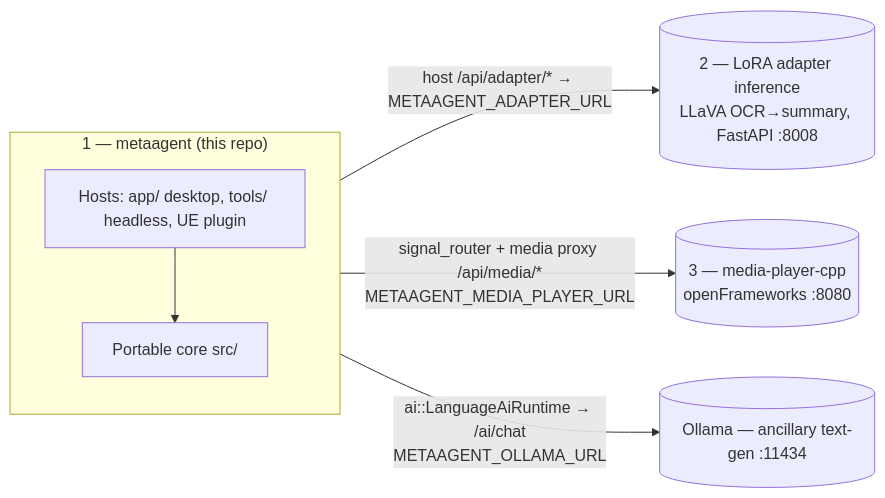
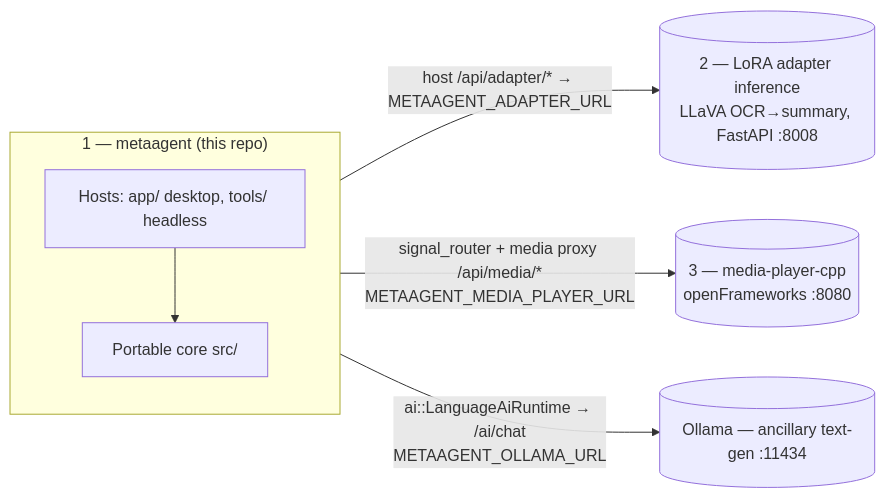
One commit to vecnode/droidcli changed the first of 3 diagrams in ARCHITECTURE.md. Above: the diagram before and after it, drawn with Mermaid. The commit also changed other lines of this file and 85 other files, not shown here.

````diff
--- a/ARCHITECTURE.md
+++ b/ARCHITECTURE.md
@@ -13,15 +18,15 @@
 ```mermaid
 flowchart LR
     subgraph MA["1 — metaagent (this repo)"]
         CORE[Portable core src/]
-        HOSTS[Hosts: app/ desktop, tools/ headless, UE plugin]
+        HOSTS[Hosts: app/ desktop, tools/ headless]
         HOSTS --> CORE
     end
     ADAPTER[("2 — LoRA adapter inference\nLLaVA OCR→summary, FastAPI :8008")]
     MEDIA[("3 — media-player-cpp\nopenFrameworks :8080")]
     OLLAMA[("Ollama — ancillary text-gen :11434")]
 
     MA -->|host /api/adapter/* → METAAGENT_ADAPTER_URL| ADAPTER
     MA -->|signal_router + media proxy /api/media/*\nMETAAGENT_MEDIA_PLAYER_URL| MEDIA
     MA -->|ai::LanguageAiRuntime → /ai/chat\nMETAAGENT_OLLAMA_URL| OLLAMA
 ```
````
